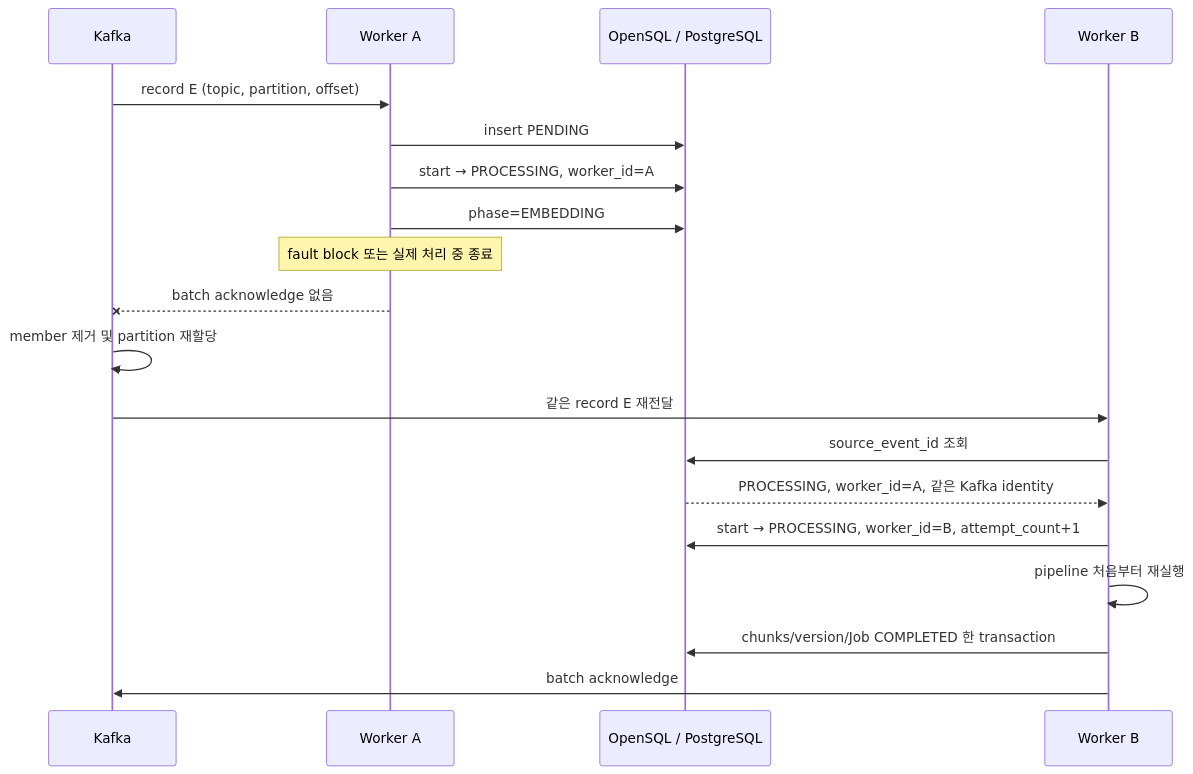
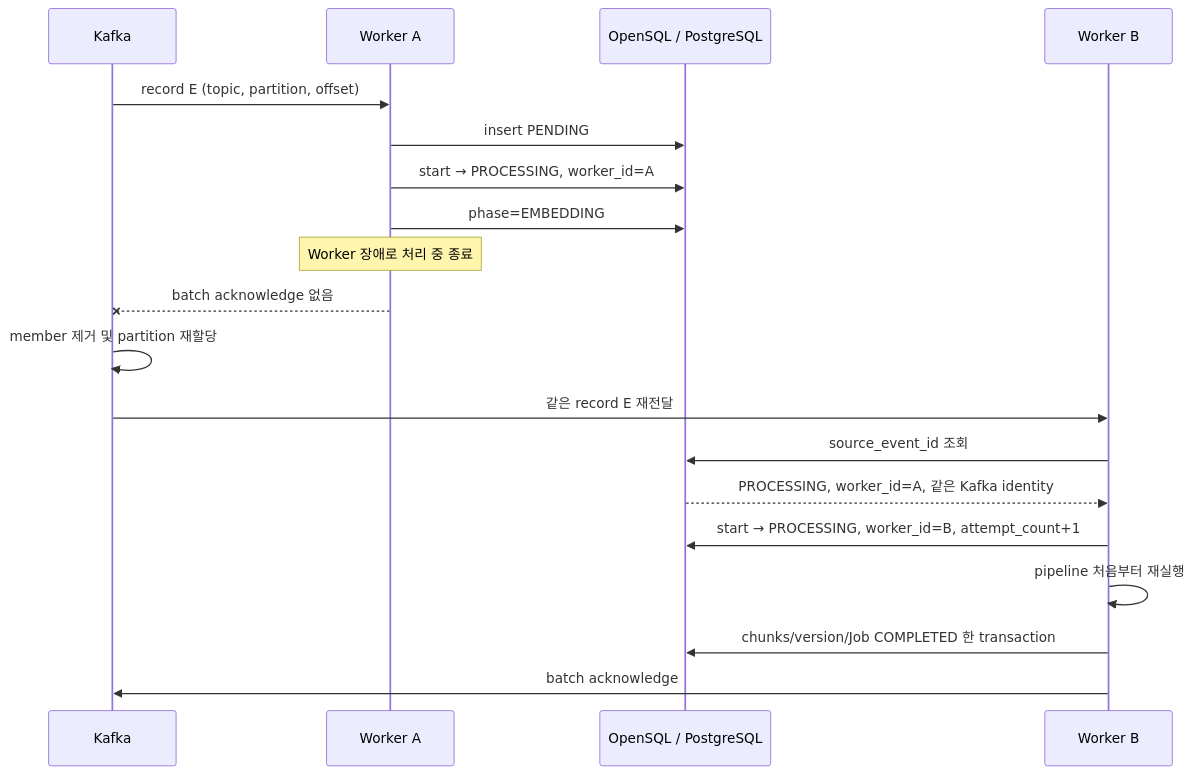
The first of 3 diagrams in docs/FAILURE_HANDLING.md (mash-up-kr/spr1n6-osscontest-worker), drawn with Mermaid before and after one commit. The commit also changed other lines of this file and 4 other files, not shown here.

````diff
--- a/docs/FAILURE_HANDLING.md
+++ b/docs/FAILURE_HANDLING.md
@@ -133,22 +116,22 @@
 ```mermaid
 sequenceDiagram
     participant K as Kafka
     participant A as Worker A
     participant D as OpenSQL / PostgreSQL
     participant B as Worker B
 
     K->>A: record E (topic, partition, offset)
     A->>D: insert PENDING
     A->>D: start → PROCESSING, worker_id=A
     A->>D: phase=EMBEDDING
-    Note over A: fault block 또는 실제 처리 중 종료
+    Note over A: Worker 장애로 처리 중 종료
     A--xK: batch acknowledge 없음
     K->>K: member 제거 및 partition 재할당
     K->>B: 같은 record E 재전달
     B->>D: source_event_id 조회
     D-->>B: PROCESSING, worker_id=A, 같은 Kafka identity
     B->>D: start → PROCESSING, worker_id=B, attempt_count+1
     B->>B: pipeline 처음부터 재실행
     B->>D: chunks/version/Job COMPLETED 한 transaction
     B->>K: batch acknowledge
 ```
````
